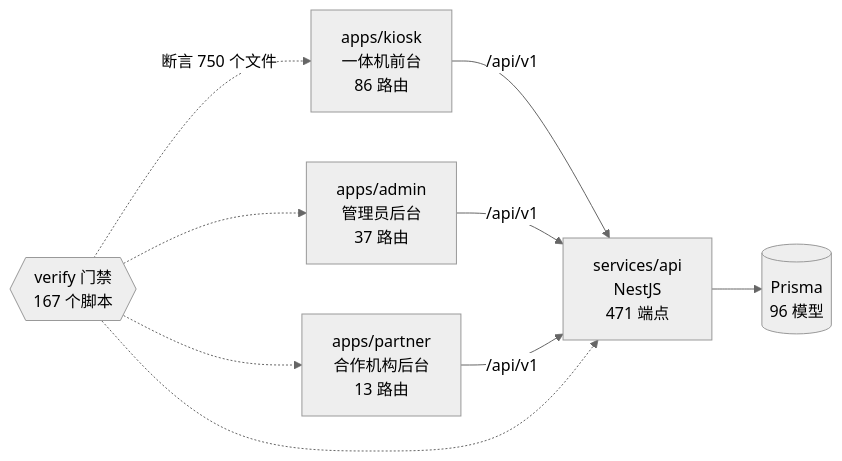
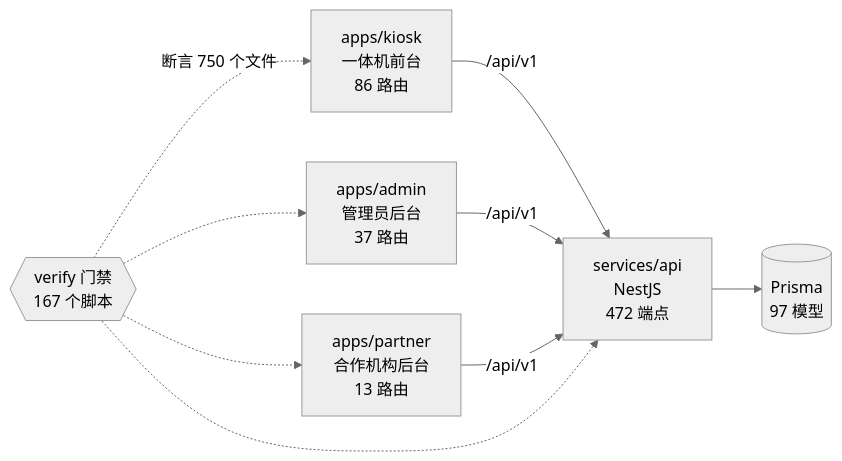
One commit to wanglei581/YITIJI changed the diagram in docs/graph/README.md. Above: the diagram before and after it, drawn with Mermaid (neutral theme). The commit also changed other lines of this file and 24 other files, not shown here.

````diff
--- a/docs/graph/README.md
+++ b/docs/graph/README.md
@@ -68,18 +68,18 @@
 ```mermaid
 flowchart LR
   kiosk["apps/kiosk<br/>一体机前台<br/>86 路由"]
   admin["apps/admin<br/>管理员后台<br/>37 路由"]
   partner["apps/partner<br/>合作机构后台<br/>13 路由"]
-  api["services/api<br/>NestJS<br/>471 端点"]
-  db[("Prisma<br/>96 模型")]
+  api["services/api<br/>NestJS<br/>472 端点"]
+  db[("Prisma<br/>97 模型")]
   gates{{"verify 门禁<br/>167 个脚本"}}
 
   kiosk -->|"/api/v1"| api
   admin -->|"/api/v1"| api
   partner -->|"/api/v1"| api
   api --> db
   gates -.->|"断言 750 个文件"| kiosk
   gates -.-> admin
   gates -.-> partner
   gates -.-> api
 ```
````
